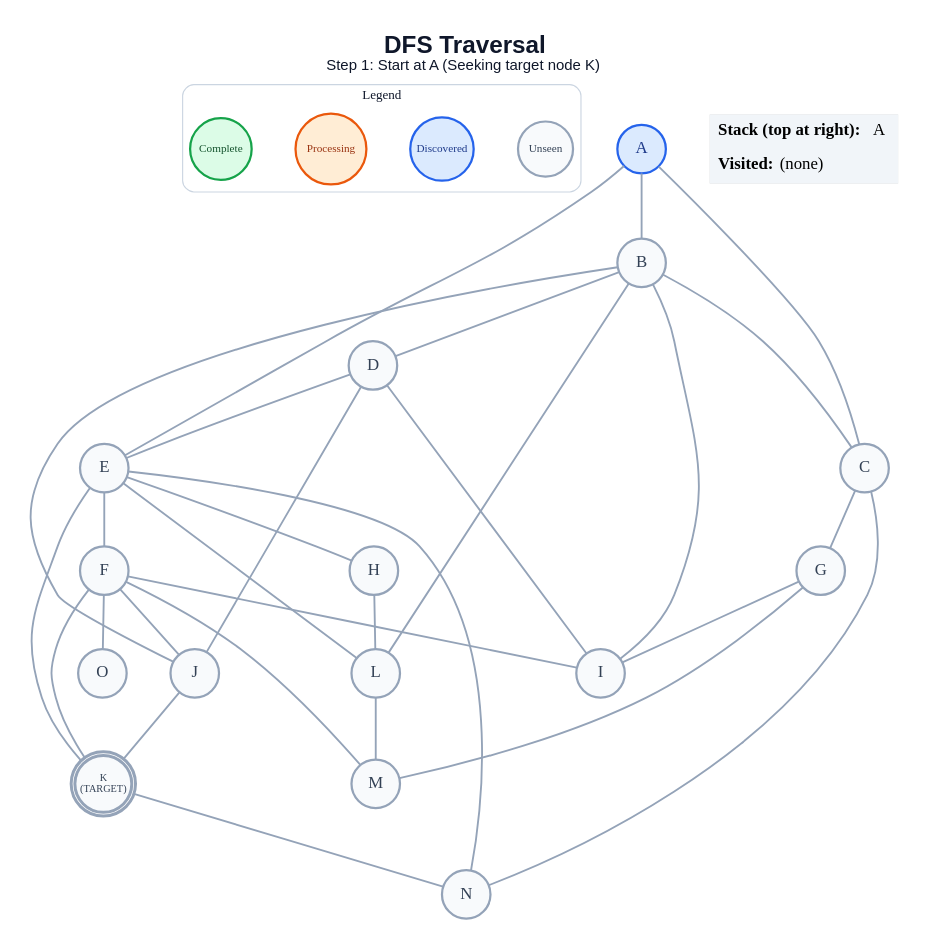
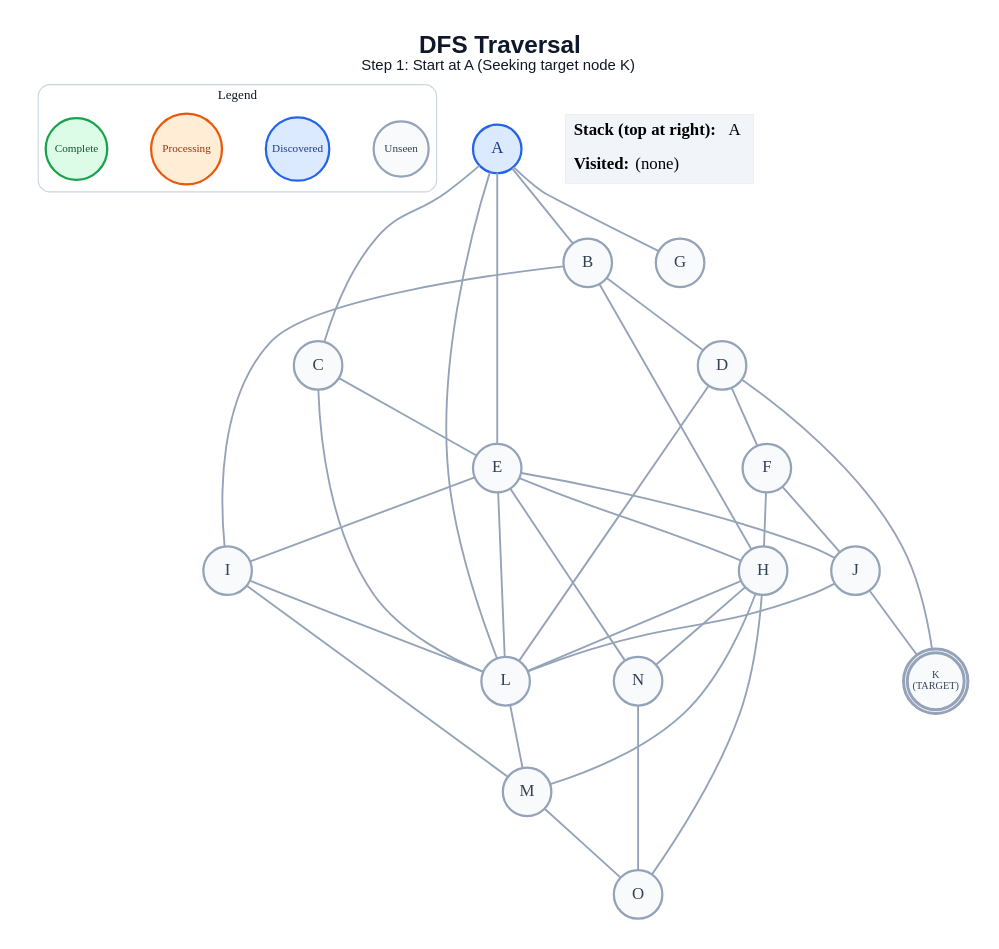
Before and after one commit to anon7238593-create/ai-slop: the diagram in generated/dfs/step_01.dot, drawn with Graphviz. The commit also changed 243 other files, not shown here.

```diff
--- a/generated/dfs/step_01.dot
+++ b/generated/dfs/step_01.dot
@@ -1,63 +1,65 @@
 graph traversal {
   graph [layout=dot, rankdir=TB, bgcolor="#FFFFFF", pad="0.35", nodesep="0.65", ranksep="0.8", fontname="Arial"];
   node [shape=circle, style="filled", fontname="Arial Bold", fontsize=18, width=0.72, fixedsize=true, penwidth=2.4];
   edge [color="#94A3B8", penwidth=2.0];
   label=<<B>DFS Traversal</B><BR/><FONT POINT-SIZE="16">Step 1: Start at A (Seeking target node K)</FONT>>; labelloc="t"; fontsize=26; fontname="Arial"; fontcolor="#0F172A";
   subgraph cluster_legend { label="Legend"; color="#CBD5E1"; penwidth=1.2; style="rounded"; fontsize=14; fontname="Arial Bold";
     key_unseen [label="Unseen", fillcolor="#F8FAFC", color="#94A3B8", fontcolor="#334155", fontsize=12, width=0.82];
     key_frontier [label="Discovered", fillcolor="#DBEAFE", color="#2563EB", fontcolor="#1E3A8A", fontsize=12, width=0.95];
     key_current [label="Processing", fillcolor="#FFEDD5", color="#EA580C", fontcolor="#9A3412", fontsize=12, width=1.05];
     key_done [label="Complete", fillcolor="#DCFCE7", color="#16A34A", fontcolor="#14532D", fontsize=12, width=0.92];
     { rank=same; key_unseen; key_frontier; key_current; key_done; }
   }
   A [label="A", fillcolor="#DBEAFE", color="#2563EB", fontcolor="#1E3A8A", peripheries=1, penwidth=2.4];
   B [label="B", fillcolor="#F8FAFC", color="#94A3B8", fontcolor="#334155", peripheries=1, penwidth=2.4];
   C [label="C", fillcolor="#F8FAFC", color="#94A3B8", fontcolor="#334155", peripheries=1, penwidth=2.4];
   D [label="D", fillcolor="#F8FAFC", color="#94A3B8", fontcolor="#334155", peripheries=1, penwidth=2.4];
   E [label="E", fillcolor="#F8FAFC", color="#94A3B8", fontcolor="#334155", peripheries=1, penwidth=2.4];
   F [label="F", fillcolor="#F8FAFC", color="#94A3B8", fontcolor="#334155", peripheries=1, penwidth=2.4];
   G [label="G", fillcolor="#F8FAFC", color="#94A3B8", fontcolor="#334155", peripheries=1, penwidth=2.4];
   H [label="H", fillcolor="#F8FAFC", color="#94A3B8", fontcolor="#334155", peripheries=1, penwidth=2.4];
   I [label="I", fillcolor="#F8FAFC", color="#94A3B8", fontcolor="#334155", peripheries=1, penwidth=2.4];
   J [label="J", fillcolor="#F8FAFC", color="#94A3B8", fontcolor="#334155", peripheries=1, penwidth=2.4];
   K [label="K\n(TARGET)", fillcolor="#F8FAFC", color="#94A3B8", fontcolor="#334155", peripheries=2, penwidth=3.2, fontsize=11, width=0.85, height=0.85];
   L [label="L", fillcolor="#F8FAFC", color="#94A3B8", fontcolor="#334155", peripheries=1, penwidth=2.4];
   M [label="M", fillcolor="#F8FAFC", color="#94A3B8", fontcolor="#334155", peripheries=1, penwidth=2.4];
   N [label="N", fillcolor="#F8FAFC", color="#94A3B8", fontcolor="#334155", peripheries=1, penwidth=2.4];
   O [label="O", fillcolor="#F8FAFC", color="#94A3B8", fontcolor="#334155", peripheries=1, penwidth=2.4];
   A -- B;
   A -- C;
   A -- E;
-  B -- C;
+  A -- G;
+  A -- L;
   B -- D;
+  B -- H;
   B -- I;
-  B -- J;
-  B -- L;
-  C -- G;
-  C -- N;
-  D -- E;
-  D -- I;
-  D -- J;
-  E -- F;
+  C -- E;
+  C -- L;
+  D -- F;
+  D -- K;
+  D -- L;
   E -- H;
-  E -- K;
+  E -- I;
+  E -- J;
   E -- L;
   E -- N;
-  F -- I;
+  F -- H;
   F -- J;
-  F -- K;
-  F -- M;
-  F -- O;
-  G -- I;
-  G -- M;
   H -- L;
+  H -- M;
+  H -- N;
+  H -- O;
+  I -- L;
+  I -- M;
   J -- K;
-  K -- N;
+  J -- L;
   L -- M;
+  M -- O;
+  N -- O;
   status [shape=plain, fixedsize=false, width=0, height=0, margin=0, label=<
     <TABLE BORDER="0" CELLBORDER="0" CELLPADDING="7" BGCOLOR="#F1F5F9">
       <TR><TD ALIGN="LEFT"><B>Stack (top at right):</B> A</TD></TR>
       <TR><TD ALIGN="LEFT"><B>Visited:</B> (none)</TD></TR>
     </TABLE>
   >];
 }
```
